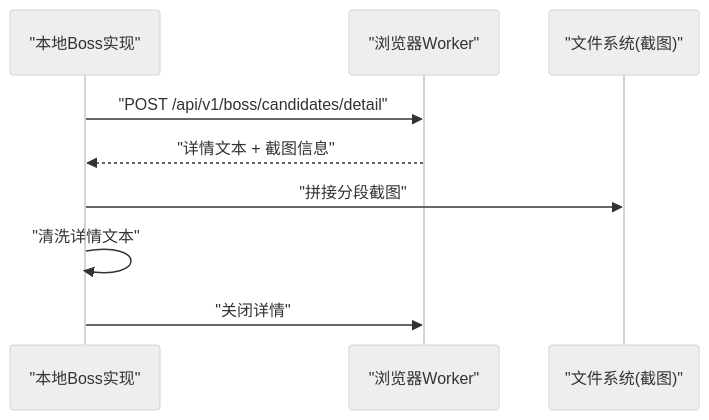
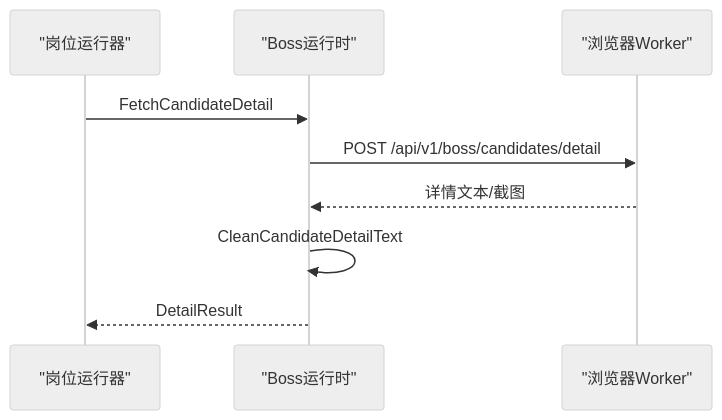
One commit to alvinwangzi/goodhr changed the fourth of 10 diagrams in .qoder/repowiki/zh/content/本地执行器/平台适配器/Boss直聘适配器/候选人数据处理.md. Above: the diagram before and after it, drawn with Mermaid (neutral theme). The commit also changed other lines of this file and 149 other files, not shown here.

````diff
--- a/.qoder/repowiki/zh/content/本地执行器/平台适配器/Boss直聘适配器/候选人数据处理.md
+++ b/.qoder/repowiki/zh/content/本地执行器/平台适配器/Boss直聘适配器/候选人数据处理.md
@@ -158,11 +168,11 @@
 ```mermaid
 sequenceDiagram
-participant Local as "本地Boss实现"
+participant Runner as "岗位运行器"
+participant Boss as "Boss运行时"
 participant Worker as "浏览器Worker"
-participant FS as "文件系统(截图)"
-Local->>Worker : "POST /api/v1/boss/candidates/detail"
-Worker-->>Local : "详情文本 + 截图信息"
-Local->>FS : "拼接分段截图"
-Local->>Local : "清洗详情文本"
-Local->>Worker : "关闭详情"
+Runner->>Boss : FetchCandidateDetail
+Boss->>Worker : POST /api/v1/boss/candidates/detail
+Worker-->>Boss : 详情文本/截图
+Boss->>Boss : CleanCandidateDetailText
+Boss-->>Runner : DetailResult
 ```
````
